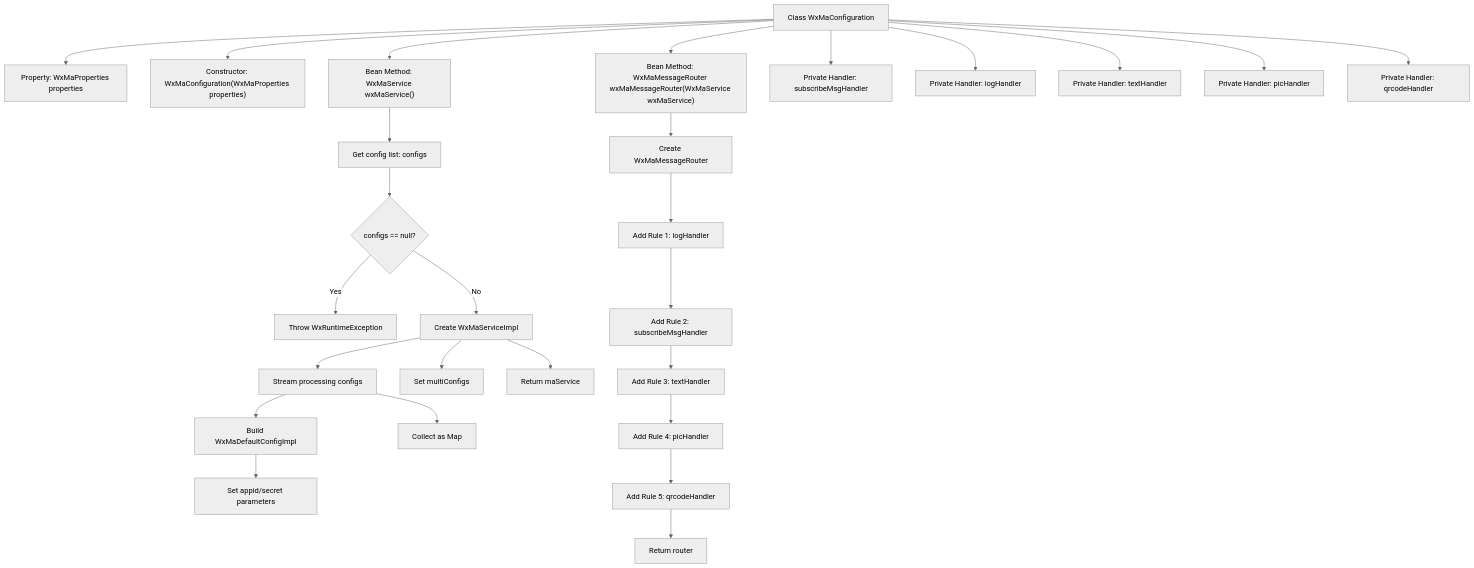
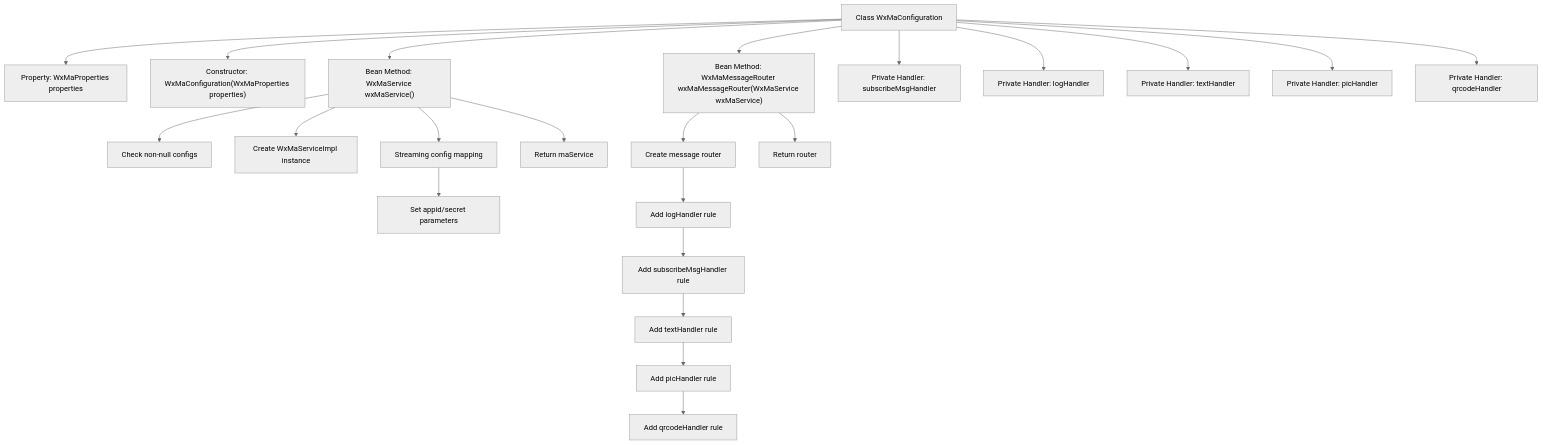
The second of 2 diagrams in docs/en/docs/src/main/java/com/github/binarywang/demo/wx/miniapp/config/WxMaConfiguration.md (v-wjrong/binary_weixin-java-miniapp-demo), drawn with Mermaid (neutral theme) before and after one commit. The commit also changed other lines of this file and 50 other files, not shown here.

````diff
--- a/docs/en/docs/src/main/java/com/github/binarywang/demo/wx/miniapp/config/WxMaConfiguration.md
+++ b/docs/en/docs/src/main/java/com/github/binarywang/demo/wx/miniapp/config/WxMaConfiguration.md
@@ -110,42 +112,37 @@
 ```mermaid
 graph TD
     A["Class WxMaConfiguration"]
     B["Property: WxMaProperties properties"]
     C["Constructor: WxMaConfiguration(WxMaProperties properties)"]
     D["Bean Method: WxMaService wxMaService()"]
     E["Bean Method: WxMaMessageRouter wxMaMessageRouter(WxMaService wxMaService)"]
     F["Private Handler: subscribeMsgHandler"]
     G["Private Handler: logHandler"]
     H["Private Handler: textHandler"]
     I["Private Handler: picHandler"]
     J["Private Handler: qrcodeHandler"]
 
     A --> B
     A --> C
     A --> D
     A --> E
     A --> F
     A --> G
     A --> H
     A --> I
     A --> J
 
-    D --> D1["Get config list: configs"]
-    D1 --> D2{"configs == null?"}
-    D2 -->|Yes| D3["Throw WxRuntimeException"]
-    D2 -->|No| D4["Create WxMaServiceImpl"]
-    D4 --> D5["Stream processing configs"]
-    D5 --> D6["Build WxMaDefaultConfigImpl"]
-    D6 --> D7["Set appid/secret parameters"]
-    D5 --> D8["Collect as Map<appid,config>"]
-    D4 --> D9["Set multiConfigs"]
-    D4 --> D10["Return maService"]
+    D --> D1["Check non-null configs"]
+    D --> D2["Create WxMaServiceImpl instance"]
+    D --> D3["Streaming config mapping"]
+    D3 --> D3a["Set appid/secret parameters"]
+    D --> D4["Return maService"]
 
-    E --> E1["Create WxMaMessageRouter"]
-    E1 --> E2["Add Rule 1: logHandler"]
-    E2 --> E3["Add Rule 2: subscribeMsgHandler"]
-    E3 --> E4["Add Rule 3: textHandler"]
-    E4 --> E5["Add Rule 4: picHandler"]
-    E5 --> E6["Add Rule 5: qrcodeHandler"]
-    E6 --> E7["Return router"]
+    E --> E1["Create message router"]
+    E1 --> E1a["Add logHandler rule"]
+    E1a --> E1b["Add subscribeMsgHandler rule"]
+    E1b --> E1c["Add textHandler rule"]
+    E1c --> E1d["Add picHandler rule"]
+    E1d --> E1e["Add qrcodeHandler rule"]
+    E --> E2["Return router"]
 ```
````
